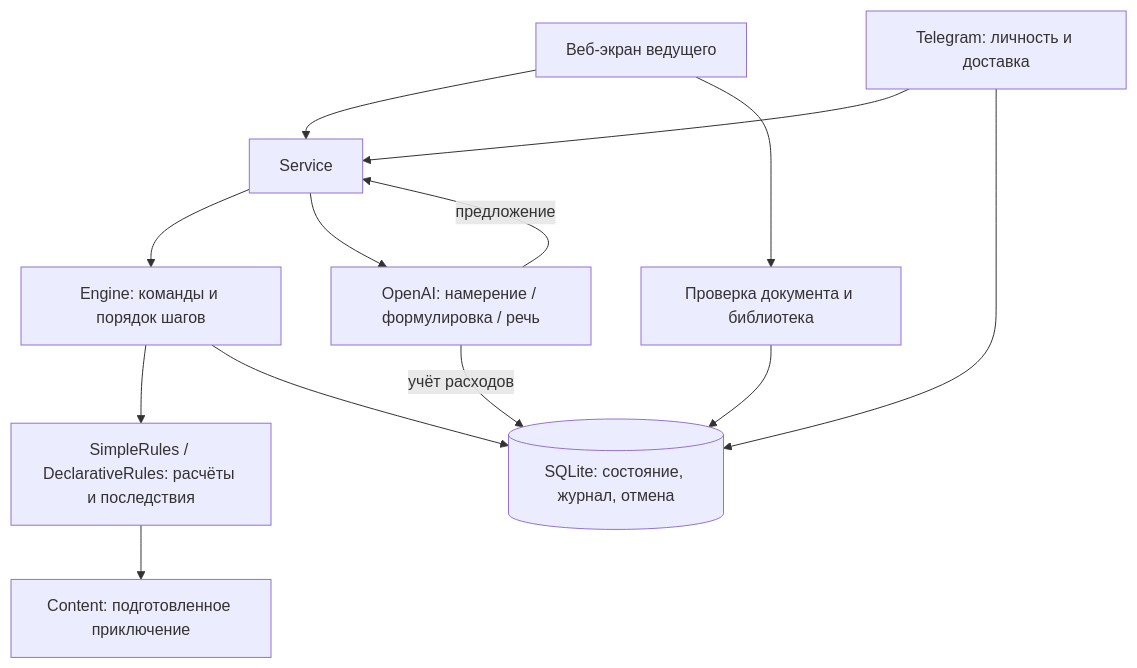
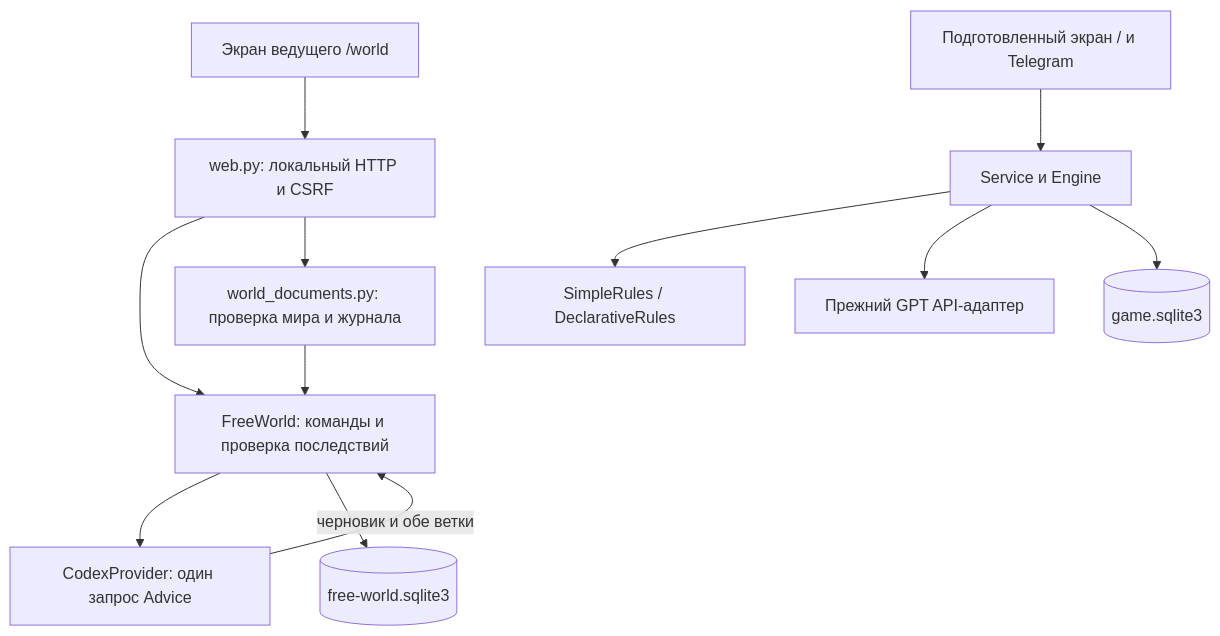
Before and after one commit to Maxveger/DnD_helper: the diagram in docs/ARCHITECTURE.md, drawn with Mermaid. The commit also changed other lines of this file and 27 other files, not shown here.

````diff
--- a/docs/ARCHITECTURE.md
+++ b/docs/ARCHITECTURE.md
@@ -11,15 +19,14 @@
 ```mermaid
 flowchart TD
-    W[Веб-экран ведущего] --> S[Service]
-    T[Telegram: личность и доставка] --> S
-    S --> E[Engine: команды и порядок шагов]
-    S --> P[OpenAI: намерение / формулировка / речь]
-    P -->|предложение| S
-    W --> A[Проверка документа и библиотека]
-    A --> D
-    E --> R[SimpleRules / DeclarativeRules: расчёты и последствия]
-    R --> C[Content: подготовленное приключение]
-    E --> D[(SQLite: состояние, журнал, отмена)]
-    T --> D
-    P -->|учёт расходов| D
+    W[Экран ведущего /world] --> H[web.py: локальный HTTP и CSRF]
+    H --> F[FreeWorld: команды и проверка последствий]
+    F --> C[CodexProvider: один запрос Advice]
+    C -->|черновик и обе ветки| F
+    F --> D[(free-world.sqlite3)]
+    H --> A[world_documents.py: проверка мира и журнала]
+    A --> F
+    O[Подготовленный экран / и Telegram] --> S[Service и Engine]
+    S --> R[SimpleRules / DeclarativeRules]
+    S --> P[Прежний GPT API-адаптер]
+    S --> L[(game.sqlite3)]
 ```
````
